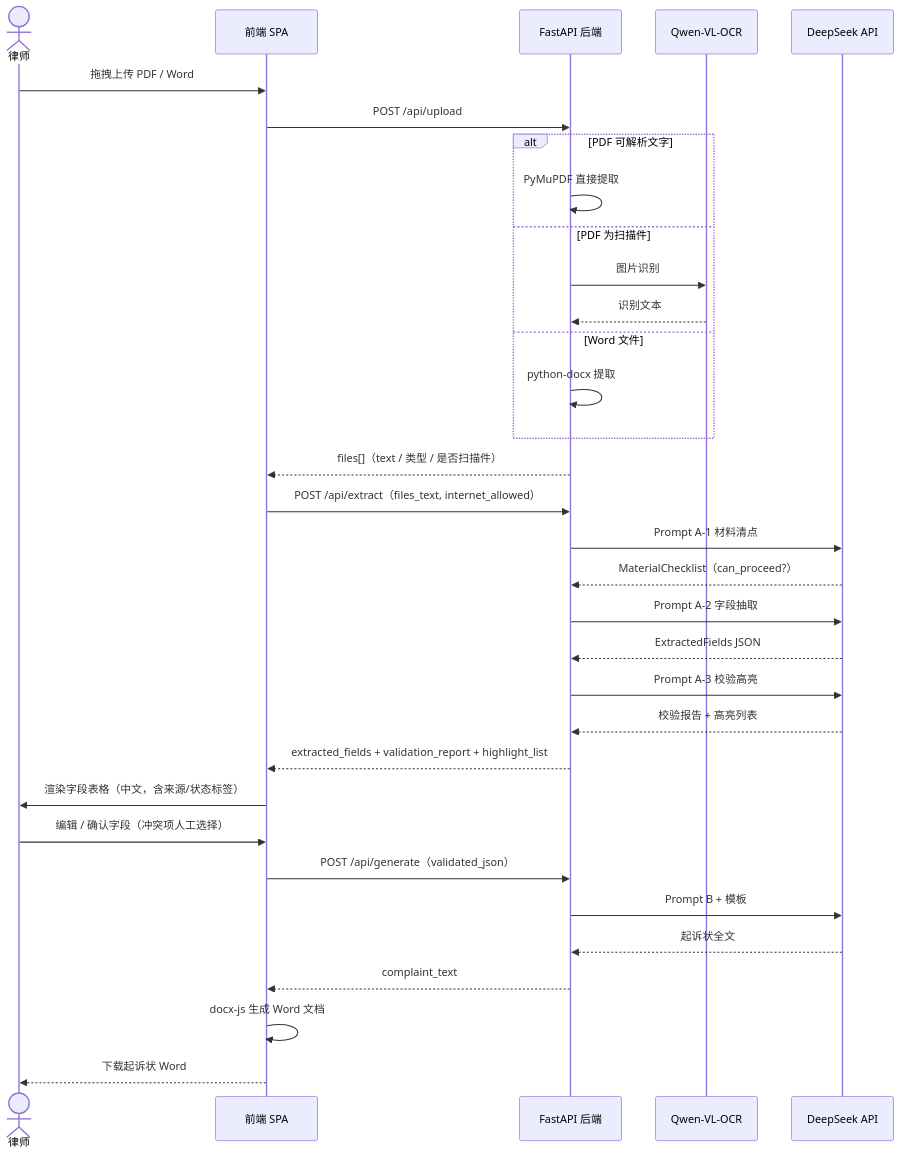
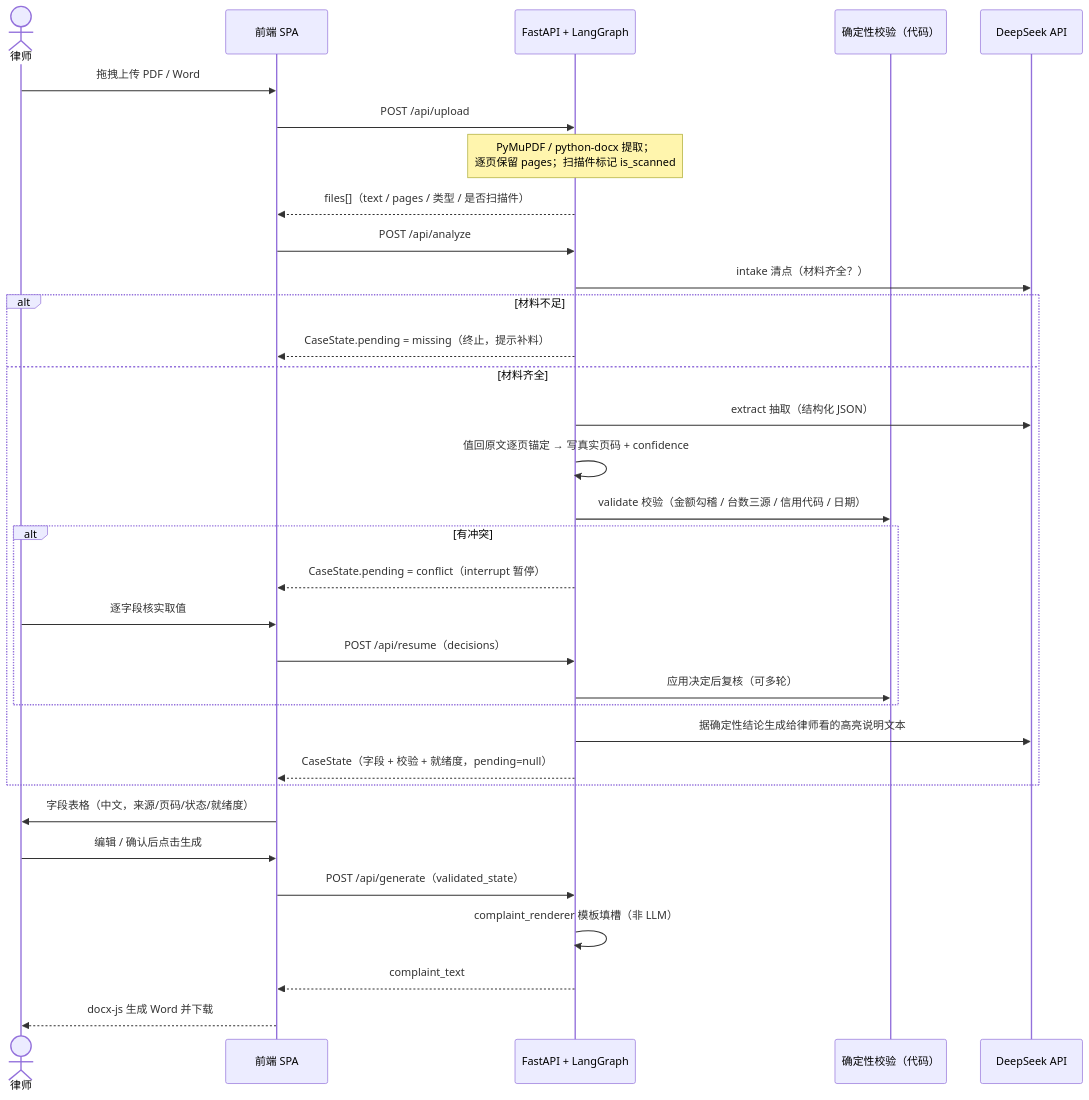
Before and after one commit to phootako630/legal-doc-gen: the second of 2 diagrams in README.md, drawn with Mermaid. The commit also changed other lines of this file and 1 other file, not shown here.

````diff
--- a/README.md
+++ b/README.md
@@ -88,40 +106,38 @@
 ```mermaid
 sequenceDiagram
     actor 律师
     participant FE as 前端 SPA
-    participant BE as FastAPI 后端
-    participant OCR as Qwen-VL-OCR
+    participant BE as FastAPI + LangGraph
+    participant CODE as 确定性校验（代码）
     participant LLM as DeepSeek API
 
     律师->>FE: 拖拽上传 PDF / Word
     FE->>BE: POST /api/upload
-    alt PDF 可解析文字
-        BE->>BE: PyMuPDF 直接提取
-    else PDF 为扫描件
-        BE->>OCR: 图片识别
-        OCR-->>BE: 识别文本
-    else Word 文件
-        BE->>BE: python-docx 提取
+    Note over BE: PyMuPDF / python-docx 提取；<br/>逐页保留 pages；扫描件标记 is_scanned
+    BE-->>FE: files[]（text / pages / 类型 / 是否扫描件）
+
+    FE->>BE: POST /api/analyze
+    BE->>LLM: intake 清点（材料齐全？）
+    alt 材料不足
+        BE-->>FE: CaseState.pending = missing（终止，提示补料）
+    else 材料齐全
+        BE->>LLM: extract 抽取（结构化 JSON）
+        BE->>BE: 值回原文逐页锚定 → 写真实页码 + confidence
+        BE->>CODE: validate 校验（金额勾稽 / 台数三源 / 信用代码 / 日期）
+        alt 有冲突
+            BE-->>FE: CaseState.pending = conflict（interrupt 暂停）
+            律师->>FE: 逐字段核实取值
+            FE->>BE: POST /api/resume（decisions）
+            BE->>CODE: 应用决定后复核（可多轮）
+        end
+        BE->>LLM: 据确定性结论生成给律师看的高亮说明文本
+        BE-->>FE: CaseState（字段 + 校验 + 就绪度，pending=null）
     end
-    BE-->>FE: files[]（text / 类型 / 是否扫描件）
 
-    FE->>BE: POST /api/extract（files_text, internet_allowed）
-    BE->>LLM: Prompt A-1 材料清点
-    LLM-->>BE: MaterialChecklist（can_proceed?）
-    BE->>LLM: Prompt A-2 字段抽取
-    LLM-->>BE: ExtractedFields JSON
-    BE->>LLM: Prompt A-3 校验高亮
-    LLM-->>BE: 校验报告 + 高亮列表
-    BE-->>FE: extracted_fields + validation_report + highlight_list
-
-    FE->>律师: 渲染字段表格（中文，含来源/状态标签）
-    律师->>FE: 编辑 / 确认字段（冲突项人工选择）
-
-    FE->>BE: POST /api/generate（validated_json）
-    BE->>LLM: Prompt B + 模板
-    LLM-->>BE: 起诉状全文
+    FE->>律师: 字段表格（中文，来源/页码/状态/就绪度）
+    律师->>FE: 编辑 / 确认后点击生成
+    FE->>BE: POST /api/generate（validated_state）
+    BE->>BE: complaint_renderer 模板填槽（非 LLM）
     BE-->>FE: complaint_text
-
-    FE->>FE: docx-js 生成 Word 文档
-    FE-->>律师: 下载起诉状 Word
+    FE-->>律师: docx-js 生成 Word 并下载
 ```
````
